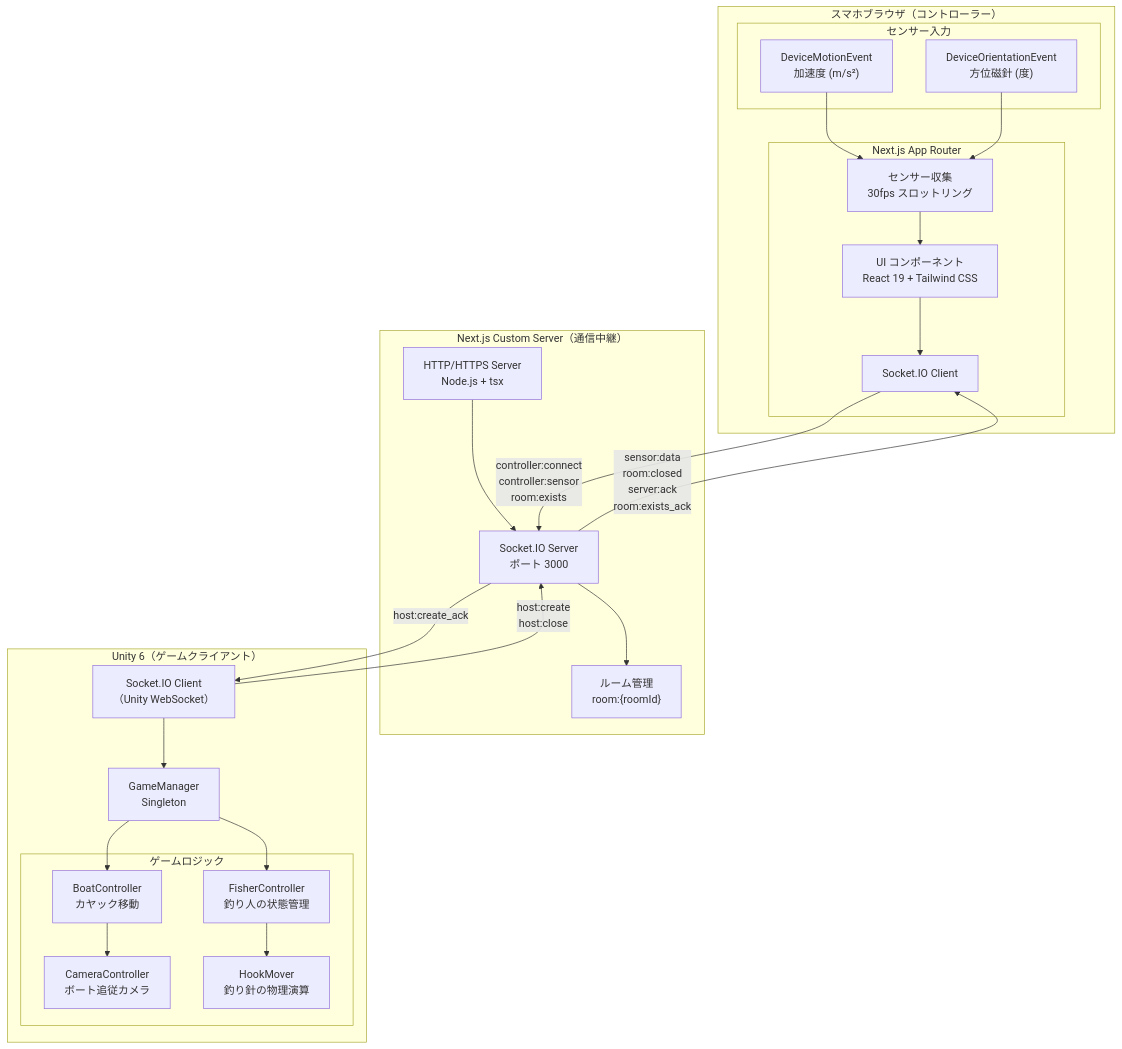
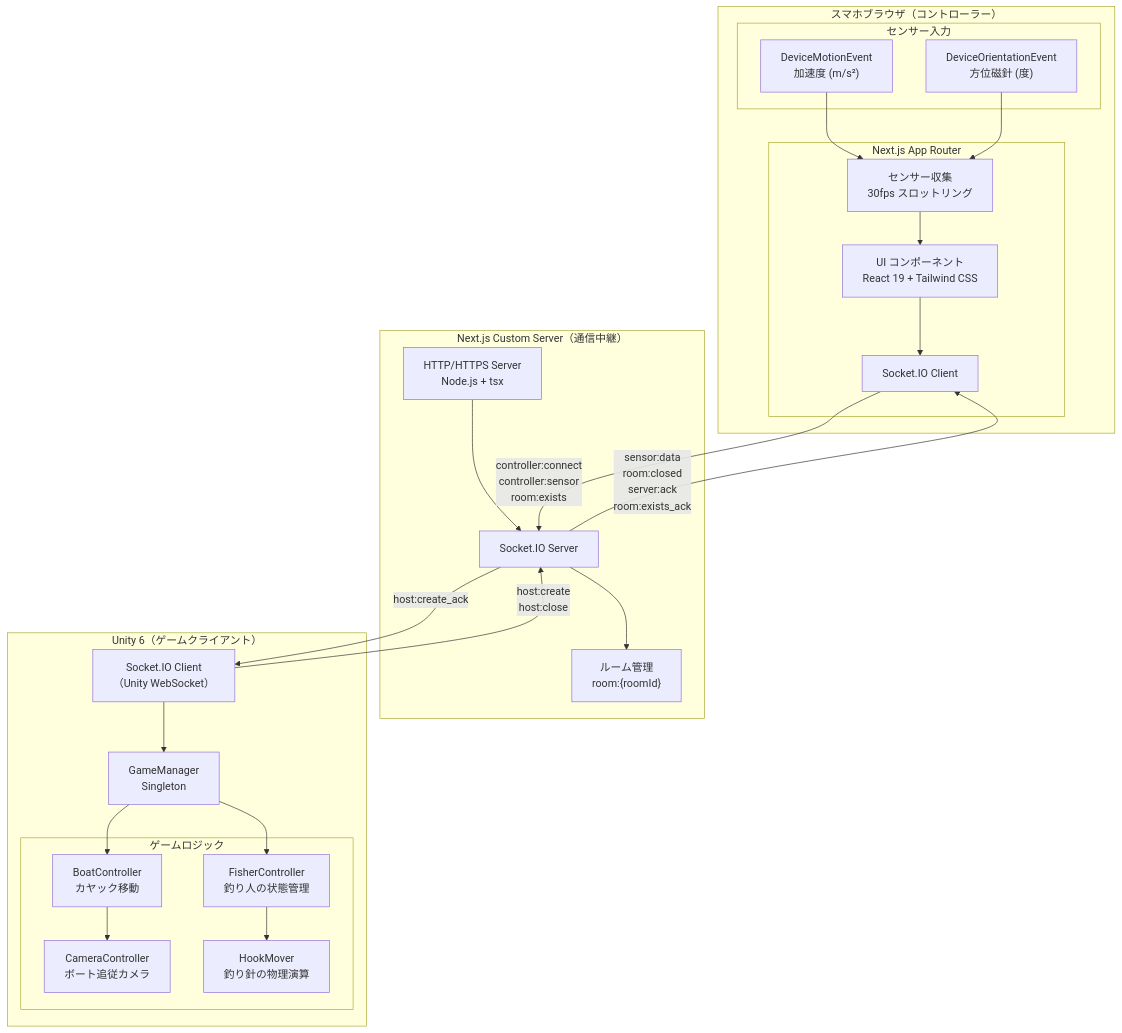
Before and after one commit to guriguri00451/alounity: the first of 2 diagrams in docs/03_Architecture.md, drawn with Mermaid.

Commit message:
fix: Socket.IOサーバーのポート情報を修正

````diff
--- a/docs/03_Architecture.md
+++ b/docs/03_Architecture.md
@@ -5,47 +5,47 @@
 ```mermaid
 graph TB
     subgraph スマホブラウザ["スマホブラウザ（コントローラー）"]
         subgraph センサー入力["センサー入力"]
             DM["DeviceMotionEvent<br/>加速度 (m/s²)"]
             DO["DeviceOrientationEvent<br/>方位磁針 (度)"]
         end
         subgraph Next.js App["Next.js App Router"]
             UI["UI コンポーネント<br/>React 19 + Tailwind CSS"]
             SC["センサー収集<br/>30fps スロットリング"]
             SIOC["Socket.IO Client"]
         end
         DM --> SC
         DO --> SC
         SC --> UI
         UI --> SIOC
     end
 
     subgraph サーバー["Next.js Custom Server（通信中継）"]
         HTTP["HTTP/HTTPS Server<br/>Node.js + tsx"]
-        SIOS["Socket.IO Server<br/>ポート 3000"]
+        SIOS["Socket.IO Server"]
         ROOM["ルーム管理<br/>room:{roomId}"]
         HTTP --> SIOS
         SIOS --> ROOM
     end
 
     subgraph Unity["Unity 6（ゲームクライアント）"]
         SIOU["Socket.IO Client<br/>（Unity WebSocket）"]
         GM["GameManager<br/>Singleton"]
         subgraph ゲームロジック["ゲームロジック"]
             FC["FisherController<br/>釣り人の状態管理"]
             BC["BoatController<br/>カヤック移動"]
             CC["CameraController<br/>ボート追従カメラ"]
             HM["HookMover<br/>釣り針の物理演算"]
         end
         SIOU --> GM
         GM --> FC
         GM --> BC
         BC --> CC
         FC --> HM
     end
 
     SIOC -- "controller:connect<br/>controller:sensor<br/>room:exists" --> SIOS
     SIOS -- "sensor:data<br/>room:closed<br/>server:ack<br/>room:exists_ack" --> SIOC
     SIOU -- "host:create<br/>host:close" --> SIOS
     SIOS -- "host:create_ack" --> SIOU
 ```
````
